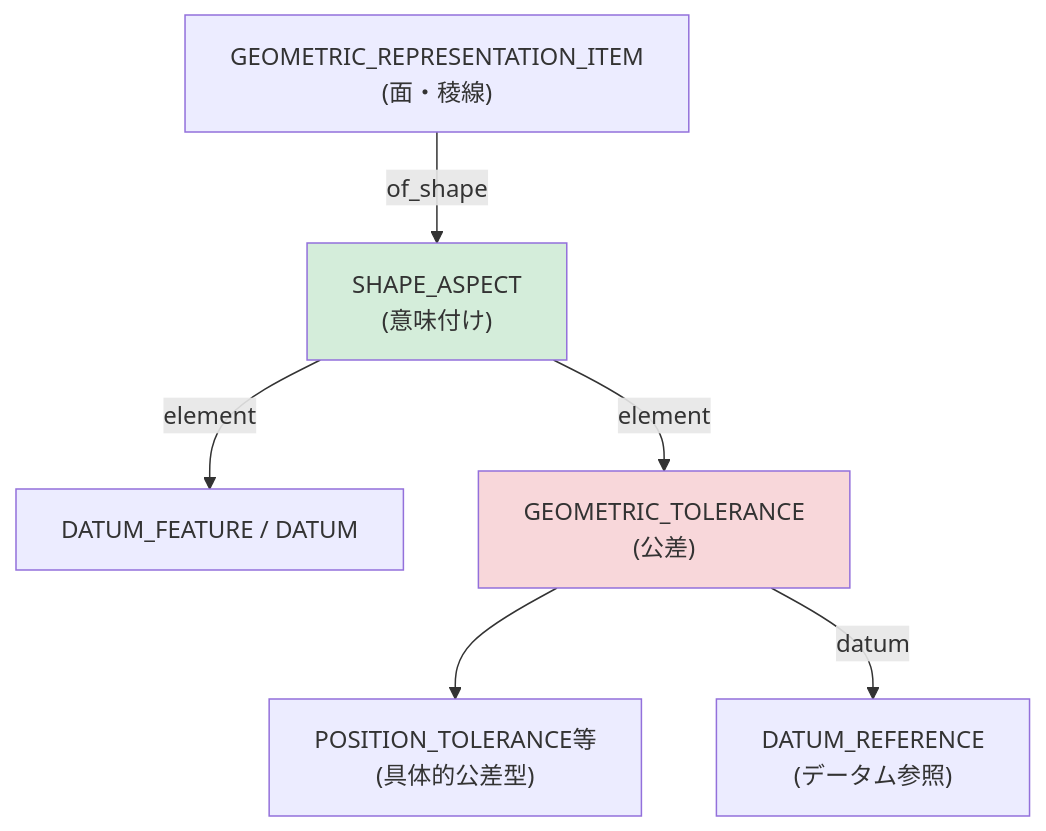
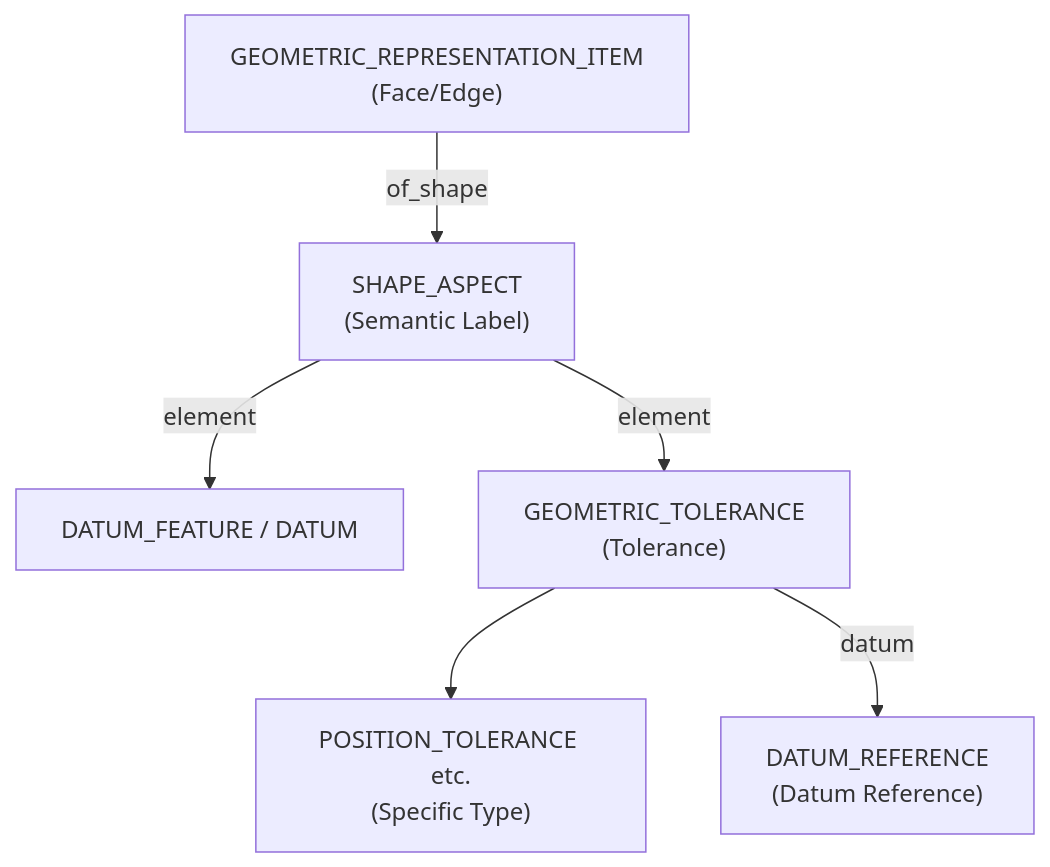
Before and after one commit to takuto-NA/step-standards-explained: the third of 4 diagrams in format/data-model-map.md, drawn with Mermaid. The commit also changed other lines of this file and 25 other files, not shown here.

````diff
--- a/format/data-model-map.md
+++ b/format/data-model-map.md
@@ -244,11 +237,8 @@
 ```mermaid
 graph TD
-    GEOM["GEOMETRIC_REPRESENTATION_ITEM<br/>(面・稜線)"] -->|"of_shape"| SA["SHAPE_ASPECT<br/>(意味付け)"]
+    GEOM["GEOMETRIC_REPRESENTATION_ITEM<br/>(Face/Edge)"] -->|"of_shape"| SA["SHAPE_ASPECT<br/>(Semantic Label)"]
     SA -->|"element"| DA["DATUM_FEATURE / DATUM"]
-    SA -->|"element"| GT["GEOMETRIC_TOLERANCE<br/>(公差)"]
-    GT --> PT["POSITION_TOLERANCE等<br/>(具体的公差型)"]
-    GT -->|"datum"| DR["DATUM_REFERENCE<br/>(データム参照)"]
-    
-    style SA fill:#d4edda
-    style GT fill:#f8d7da
+    SA -->|"element"| GT["GEOMETRIC_TOLERANCE<br/>(Tolerance)"]
+    GT --> PT["POSITION_TOLERANCE etc.<br/>(Specific Type)"]
+    GT -->|"datum"| DR["DATUM_REFERENCE<br/>(Datum Reference)"]
 ```
````
